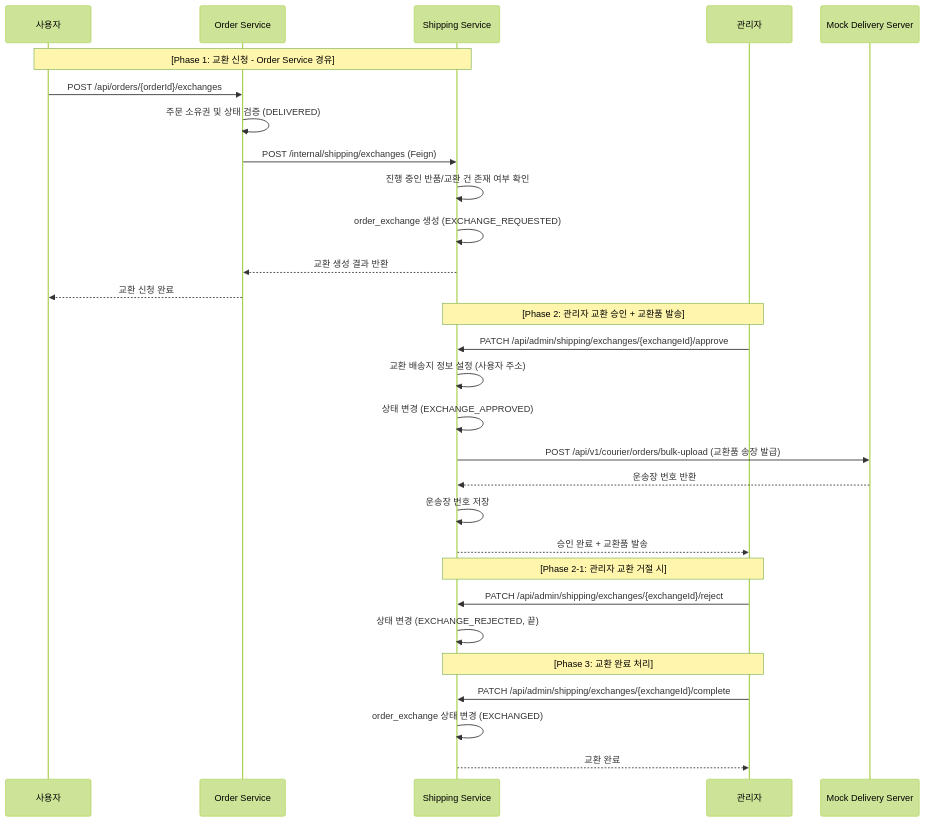
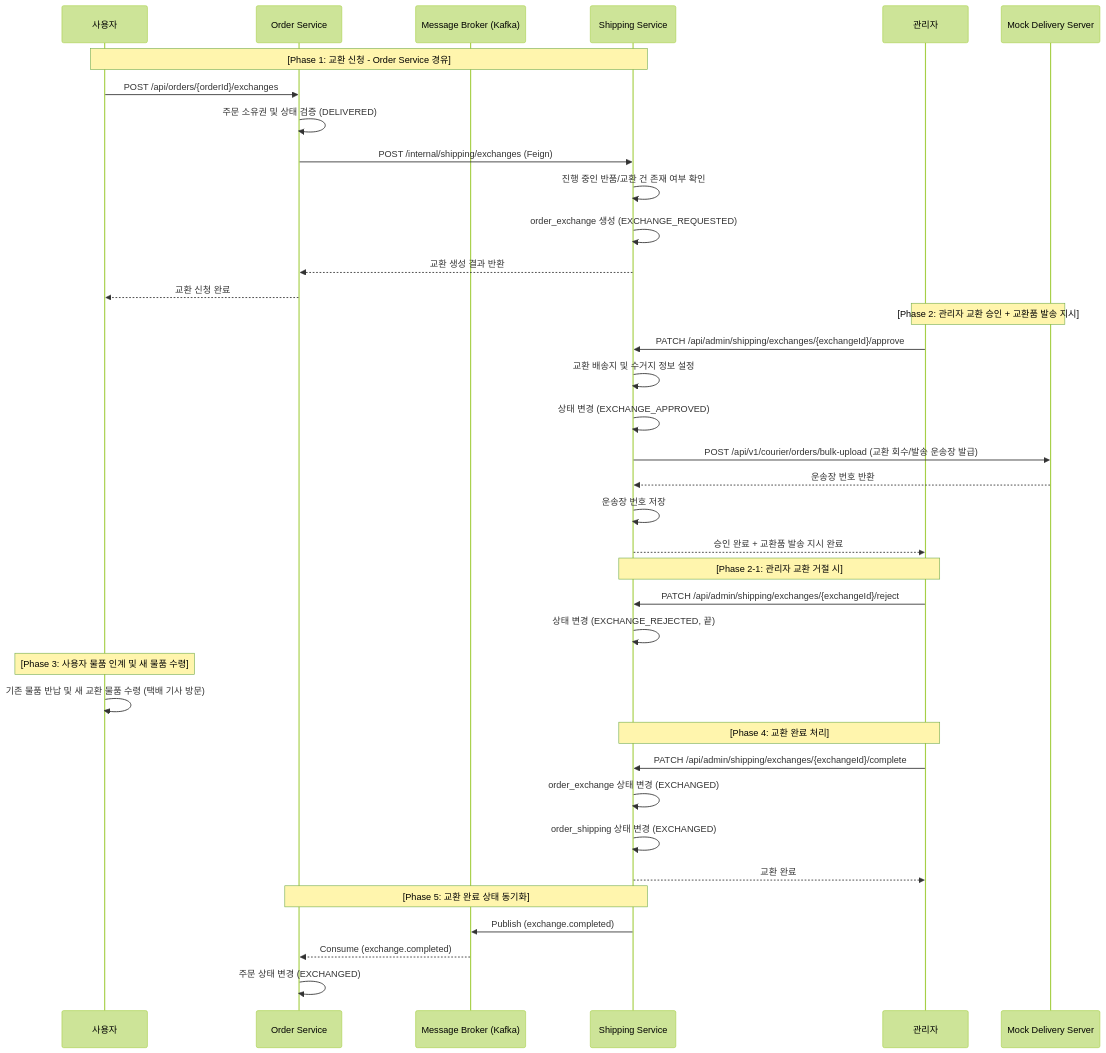
Before and after one commit to gr1993/ecommerce-msa: the fourth of 4 diagrams in service/shipping-service/README.md, drawn with Mermaid (forest theme). The commit also changed other lines of this file and 6 other files, not shown here.

````diff
--- a/service/shipping-service/README.md
+++ b/service/shipping-service/README.md
@@ -206,35 +208,45 @@
 ```mermaid
 sequenceDiagram
     participant User as 사용자
     participant Order as Order Service
+    participant Broker as Message Broker (Kafka)
     participant Ship as Shipping Service
     participant Admin as 관리자
     participant Mock as Mock Delivery Server
 
     Note over User, Ship: [Phase 1: 교환 신청 - Order Service 경유]
     User->>Order: POST /api/orders/{orderId}/exchanges
     Order->>Order: 주문 소유권 및 상태 검증 (DELIVERED)
     Order->>Ship: POST /internal/shipping/exchanges (Feign)
     Ship->>Ship: 진행 중인 반품/교환 건 존재 여부 확인
     Ship->>Ship: order_exchange 생성 (EXCHANGE_REQUESTED)
     Ship-->>Order: 교환 생성 결과 반환
     Order-->>User: 교환 신청 완료
 
-    Note over Admin, Ship: [Phase 2: 관리자 교환 승인 + 교환품 발송]
+    Note over Admin, Mock: [Phase 2: 관리자 교환 승인 + 교환품 발송 지시]
     Admin->>Ship: PATCH /api/admin/shipping/exchanges/{exchangeId}/approve
-    Ship->>Ship: 교환 배송지 정보 설정 (사용자 주소)
+    Ship->>Ship: 교환 배송지 및 수거지 정보 설정
     Ship->>Ship: 상태 변경 (EXCHANGE_APPROVED)
-    Ship->>Mock: POST /api/v1/courier/orders/bulk-upload (교환품 송장 발급)
+    Ship->>Mock: POST /api/v1/courier/orders/bulk-upload (교환 회수/발송 운송장 발급)
     Mock-->>Ship: 운송장 번호 반환
     Ship->>Ship: 운송장 번호 저장
-    Ship-->>Admin: 승인 완료 + 교환품 발송
+    Ship-->>Admin: 승인 완료 + 교환품 발송 지시 완료
 
     Note over Admin, Ship: [Phase 2-1: 관리자 교환 거절 시]
     Admin->>Ship: PATCH /api/admin/shipping/exchanges/{exchangeId}/reject
     Ship->>Ship: 상태 변경 (EXCHANGE_REJECTED, 끝)
 
-    Note over Admin, Ship: [Phase 3: 교환 완료 처리]
+    Note over User: [Phase 3: 사용자 물품 인계 및 새 물품 수령]
+    User->>User: 기존 물품 반납 및 새 교환 물품 수령 (택배 기사 방문)
+
+    Note over Admin, Ship: [Phase 4: 교환 완료 처리]
     Admin->>Ship: PATCH /api/admin/shipping/exchanges/{exchangeId}/complete
     Ship->>Ship: order_exchange 상태 변경 (EXCHANGED)
+    Ship->>Ship: order_shipping 상태 변경 (EXCHANGED)
     Ship-->>Admin: 교환 완료
+
+    Note over Ship, Order: [Phase 5: 교환 완료 상태 동기화]
+    Ship->>Broker: Publish (exchange.completed)
+    Broker-->>Order: Consume (exchange.completed)
+    Order->>Order: 주문 상태 변경 (EXCHANGED)
 ```
````
